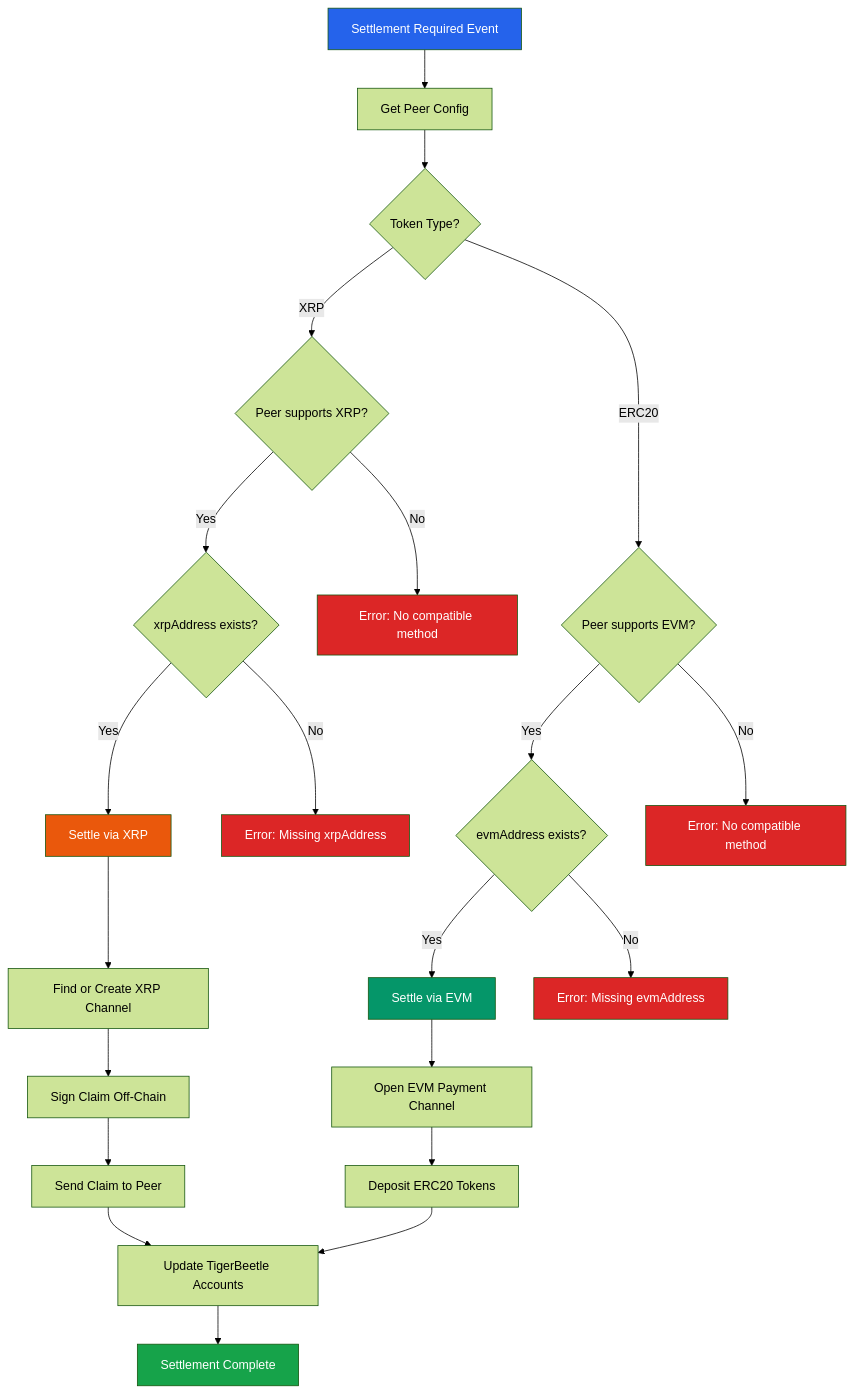
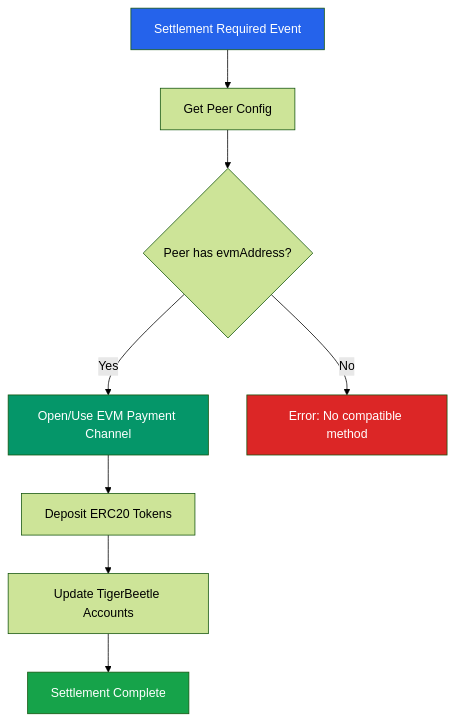
One commit to ALLiDoizCode/agent-runtime changed the fifth of 7 diagrams in docs/architecture/core-workflows.md. Above: the diagram before and after it, drawn with Mermaid (forest theme). The commit also changed other lines of this file and 65 other files, not shown here.

````diff
--- a/docs/architecture/core-workflows.md
+++ b/docs/architecture/core-workflows.md
@@ -311,40 +200,17 @@
 ```mermaid
 flowchart TD
     Start[Settlement Required Event] --> GetPeer[Get Peer Config]
-    GetPeer --> CheckToken{Token Type?}
+    GetPeer --> CheckEVM{Peer has evmAddress?}
 
-    CheckToken -->|XRP| CheckXRPSupport{Peer supports XRP?}
-    CheckToken -->|ERC20| CheckEVMSupport{Peer supports EVM?}
+    CheckEVM -->|Yes| OpenChannel[Open/Use EVM Payment Channel]
+    CheckEVM -->|No| Error[Error: No compatible method]
 
-    CheckXRPSupport -->|Yes| XRPAddress{xrpAddress exists?}
-    CheckXRPSupport -->|No| Error1[Error: No compatible method]
-
-    CheckEVMSupport -->|Yes| EVMAddress{evmAddress exists?}
-    CheckEVMSupport -->|No| Error2[Error: No compatible method]
-
-    XRPAddress -->|Yes| XRPSettle[Settle via XRP]
-    XRPAddress -->|No| Error3[Error: Missing xrpAddress]
-
-    EVMAddress -->|Yes| EVMSettle[Settle via EVM]
-    EVMAddress -->|No| Error4[Error: Missing evmAddress]
-
-    XRPSettle --> CreateChannel[Find or Create XRP Channel]
-    CreateChannel --> SignClaim[Sign Claim Off-Chain]
-    SignClaim --> SendClaim[Send Claim to Peer]
-    SendClaim --> UpdateAccounts[Update TigerBeetle Accounts]
-
-    EVMSettle --> OpenEVMChannel[Open EVM Payment Channel]
-    OpenEVMChannel --> DepositTokens[Deposit ERC20 Tokens]
-    DepositTokens --> UpdateAccounts
-
+    OpenChannel --> Deposit[Deposit ERC20 Tokens]
+    Deposit --> UpdateAccounts[Update TigerBeetle Accounts]
     UpdateAccounts --> Done[Settlement Complete]
 
     style Start fill:#2563eb,color:#fff
-    style XRPSettle fill:#ea580c,color:#fff
-    style EVMSettle fill:#059669,color:#fff
-    style Error1 fill:#dc2626,color:#fff
-    style Error2 fill:#dc2626,color:#fff
-    style Error3 fill:#dc2626,color:#fff
-    style Error4 fill:#dc2626,color:#fff
+    style OpenChannel fill:#059669,color:#fff
+    style Error fill:#dc2626,color:#fff
     style Done fill:#16a34a,color:#fff
 ```
````
